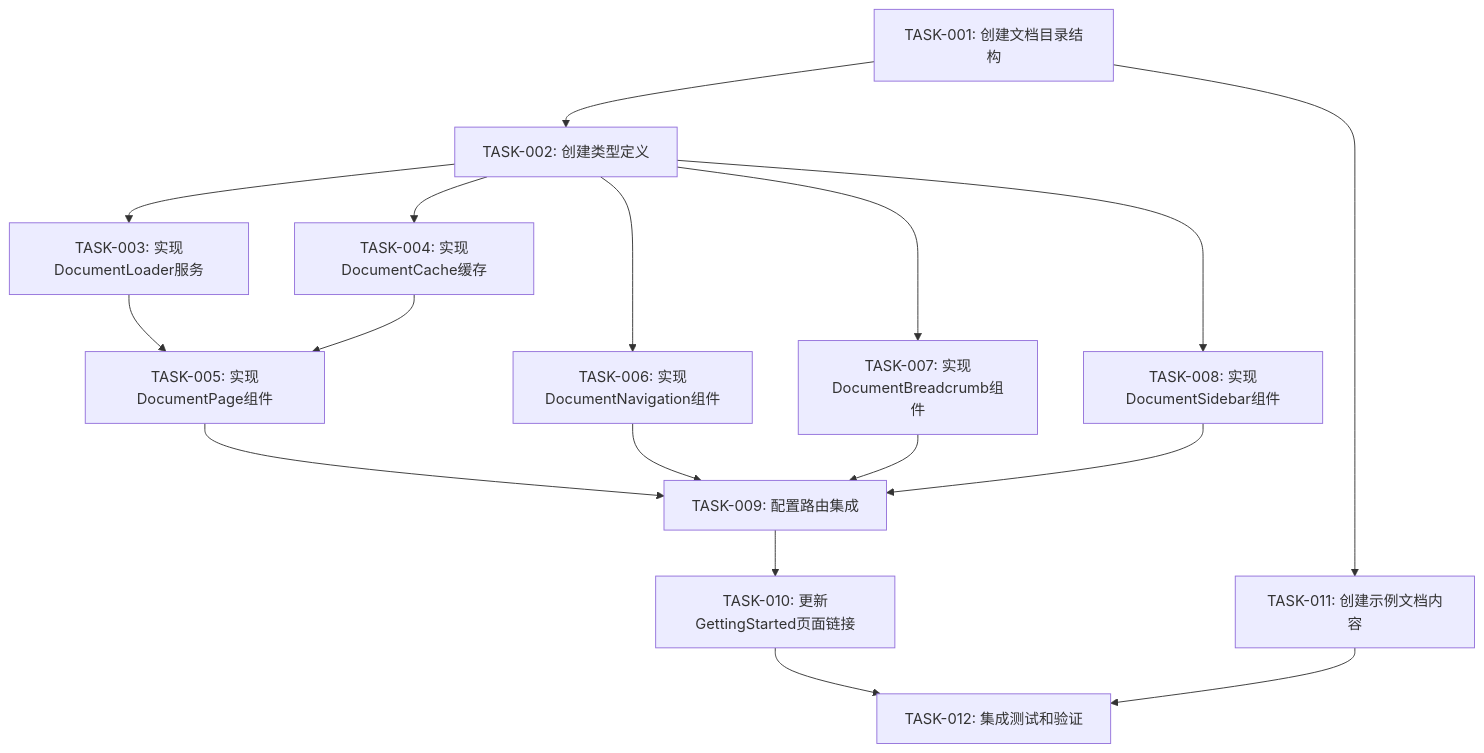
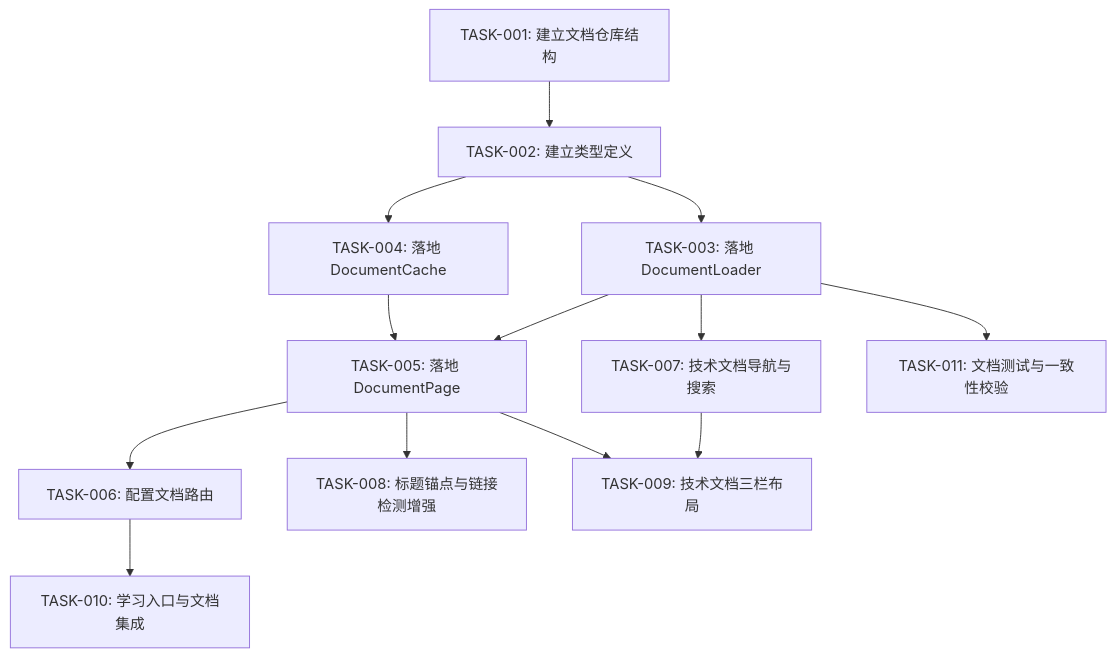
One commit to necc-hub/new_energy_coder_club changed the diagram in .trae/documents/TASK_markdown_docs_repository.md. Above: the diagram before and after it, drawn with Mermaid. The commit also changed other lines of this file and 31 other files, not shown here.

````diff
--- a/.trae/documents/TASK_markdown_docs_repository.md
+++ b/.trae/documents/TASK_markdown_docs_repository.md
@@ -5,19 +15,15 @@
 ```mermaid
 graph TD
-    T001[TASK-001: 创建文档目录结构] --> T002[TASK-002: 创建类型定义]
-    T002 --> T003[TASK-003: 实现DocumentLoader服务]
-    T002 --> T004[TASK-004: 实现DocumentCache缓存]
-    T003 --> T005[TASK-005: 实现DocumentPage组件]
+    T001[TASK-001: 建立文档仓库结构] --> T002[TASK-002: 建立类型定义]
+    T002 --> T003[TASK-003: 落地 DocumentLoader]
+    T002 --> T004[TASK-004: 落地 DocumentCache]
+    T003 --> T005[TASK-005: 落地 DocumentPage]
     T004 --> T005
-    T002 --> T006[TASK-006: 实现DocumentNavigation组件]
-    T002 --> T007[TASK-007: 实现DocumentBreadcrumb组件]
-    T002 --> T008[TASK-008: 实现DocumentSidebar组件]
-    T005 --> T009[TASK-009: 配置路由集成]
-    T006 --> T009
-    T007 --> T009
-    T008 --> T009
-    T009 --> T010[TASK-010: 更新GettingStarted页面链接]
-    T001 --> T011[TASK-011: 创建示例文档内容]
-    T010 --> T012[TASK-012: 集成测试和验证]
-    T011 --> T012
+    T005 --> T006[TASK-006: 配置文档路由]
+    T003 --> T007[TASK-007: 技术文档导航与搜索]
+    T005 --> T008[TASK-008: 标题锚点与链接检测增强]
+    T007 --> T009[TASK-009: 技术文档三栏布局]
+    T005 --> T009
+    T006 --> T010[TASK-010: 学习入口与文档集成]
+    T003 --> T011[TASK-011: 文档测试与一致性校验]
 ```
````
